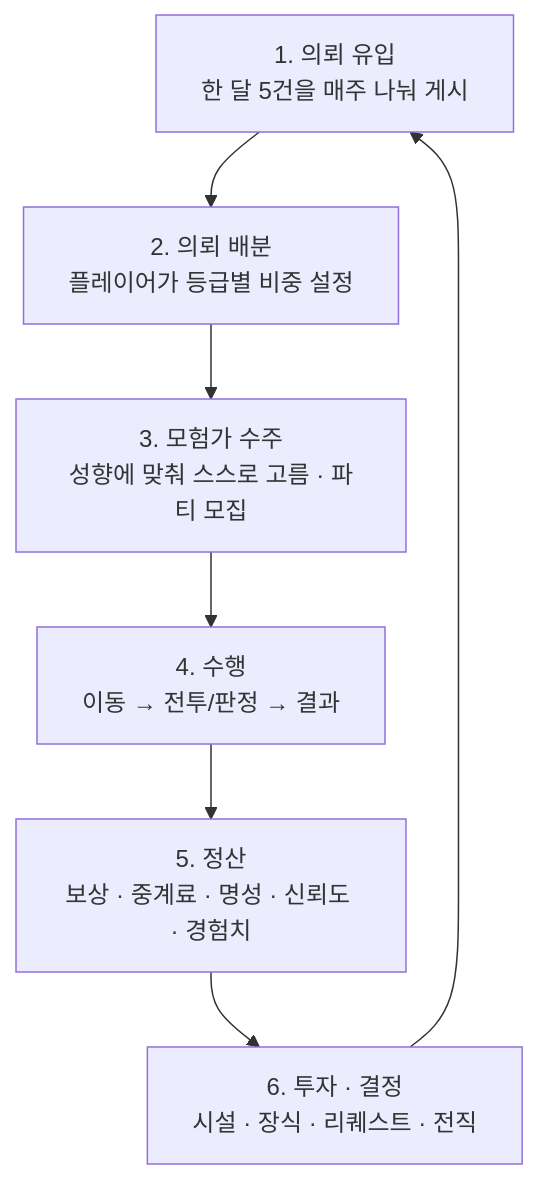
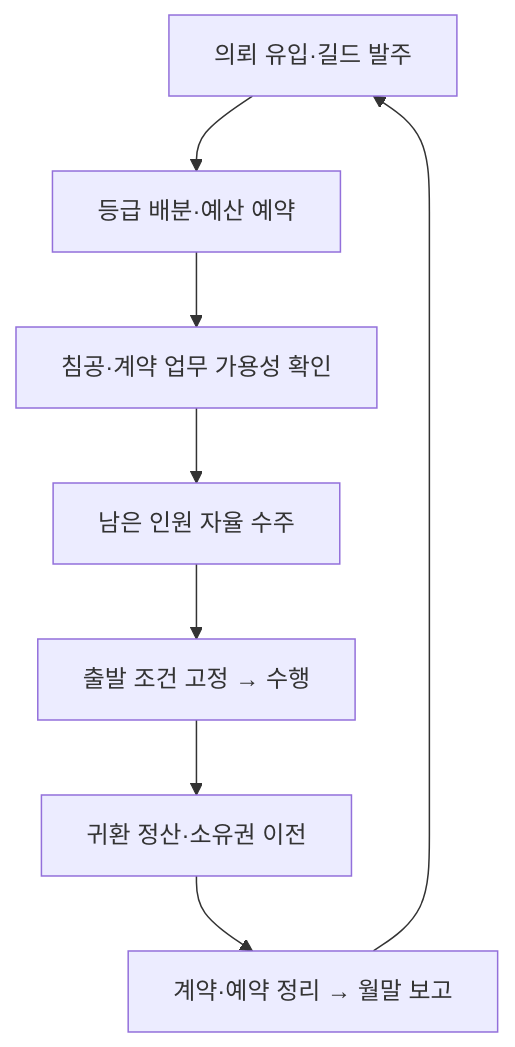
One commit to applesoda01/Project_F changed the diagram in docs/book-v2/src/ch02/loop.md. Above: the diagram before and after it, drawn with Mermaid. The commit also changed other lines of this file and 102 other files, not shown here.

````diff
--- a/docs/book-v2/src/ch02/loop.md
+++ b/docs/book-v2/src/ch02/loop.md
@@ -17,9 +5,10 @@
 ```mermaid
 flowchart TB
-  A[1. 의뢰 유입<br/>한 달 5건을 매주 나눠 게시] --> B[2. 의뢰 배분<br/>플레이어가 등급별 비중 설정]
-  B --> C[3. 모험가 수주<br/>성향에 맞춰 스스로 고름 · 파티 모집]
-  C --> D[4. 수행<br/>이동 → 전투/판정 → 결과]
-  D --> E[5. 정산<br/>보상 · 중계료 · 명성 · 신뢰도 · 경험치]
-  E --> F[6. 투자 · 결정<br/>시설 · 장식 · 리퀘스트 · 전직]
-  F --> A
+ A[의뢰 유입·길드 발주] --> B[등급 배분·예산 예약]
+ B --> C[침공·계약 업무 가용성 확인]
+ C --> D[남은 인원 자율 수주]
+ D --> E[출발 조건 고정 → 수행]
+ E --> F[귀환 정산·소유권 이전]
+ F --> G[계약·예약 정리 → 월말 보고]
+ G --> A
 ```
````
